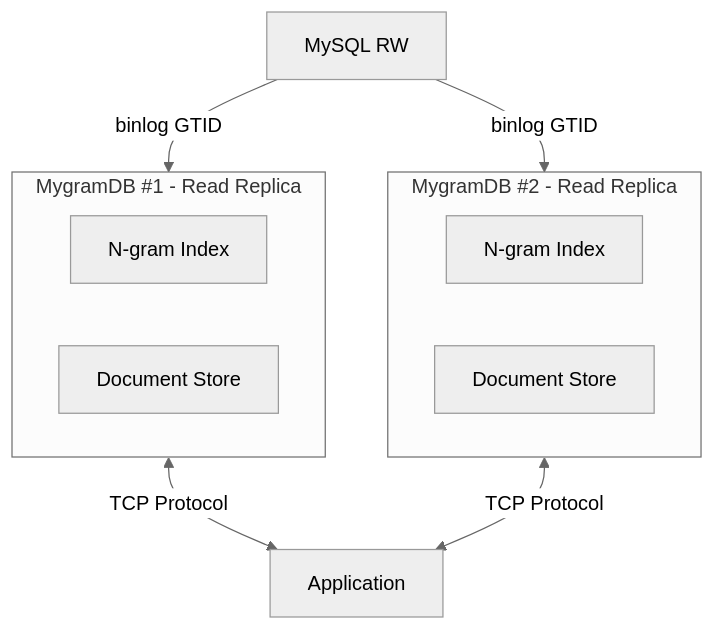
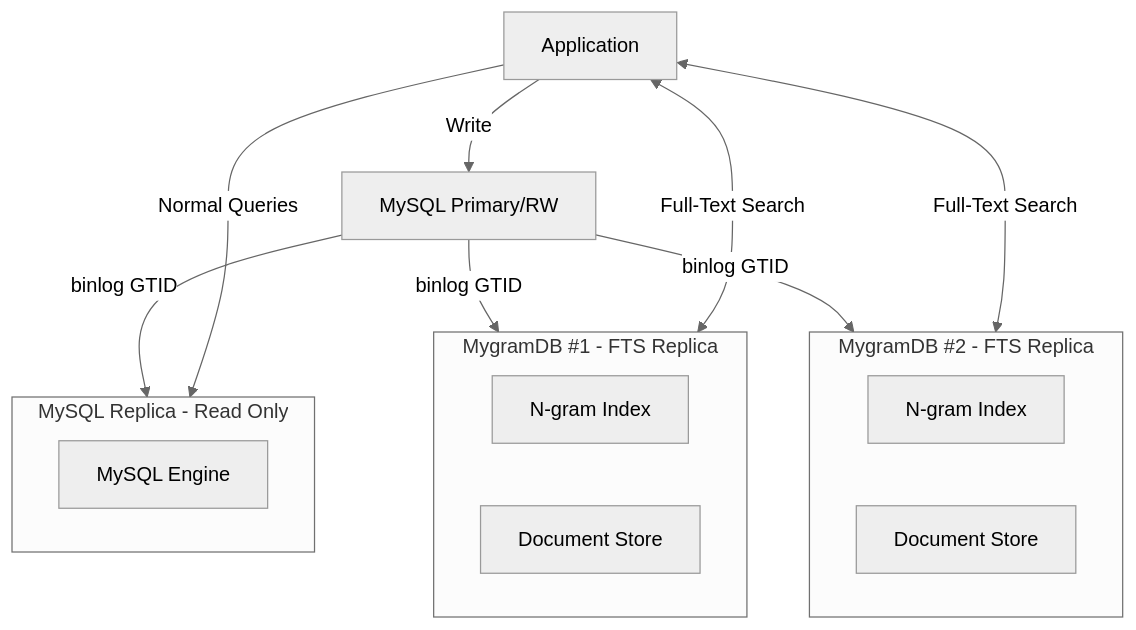
One commit to libraz/mygram-db changed the diagram in README.md. Above: the diagram before and after it, drawn with Mermaid (neutral theme). The commit also changed other lines of this file and 38 other files, not shown here.

````diff
--- a/README.md
+++ b/README.md
@@ -30,18 +38,25 @@
 ```mermaid
 graph TD
-    MySQL[MySQL RW] -->|binlog GTID| MygramDB1[MygramDB #1]
+    MySQL[MySQL Primary/RW] -->|binlog GTID| MySQLReplica[MySQL Replica]
+    MySQL -->|binlog GTID| MygramDB1[MygramDB #1]
     MySQL -->|binlog GTID| MygramDB2[MygramDB #2]
 
-    subgraph MygramDB1[MygramDB #1 - Read Replica]
+    subgraph MySQLReplica[MySQL Replica - Read Only]
+        MySQLEngine[MySQL Engine]
+    end
+
+    subgraph MygramDB1[MygramDB #1 - FTS Replica]
         Index1[N-gram Index]
         DocStore1[Document Store]
     end
 
-    subgraph MygramDB2[MygramDB #2 - Read Replica]
+    subgraph MygramDB2[MygramDB #2 - FTS Replica]
         Index2[N-gram Index]
         DocStore2[Document Store]
     end
 
-    MygramDB1 <-->|TCP Protocol| App[Application]
-    MygramDB2 <-->|TCP Protocol| App
+    App[Application] -->|Write| MySQL
+    App -->|Normal Queries| MySQLReplica
+    App <-->|Full-Text Search| MygramDB1
+    App <-->|Full-Text Search| MygramDB2
 ```
````
